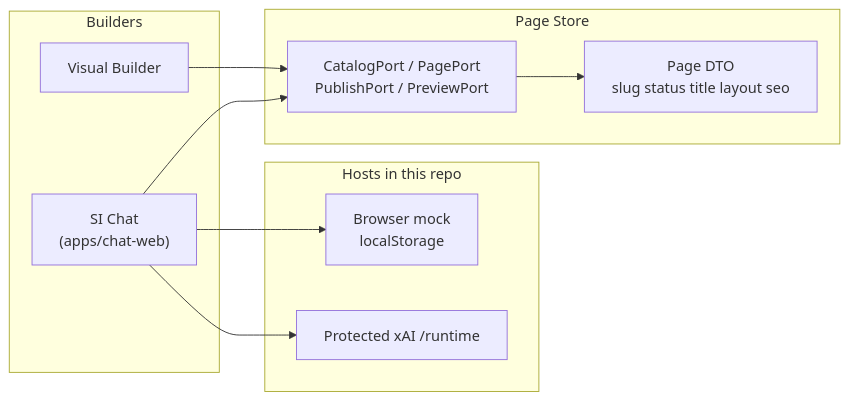
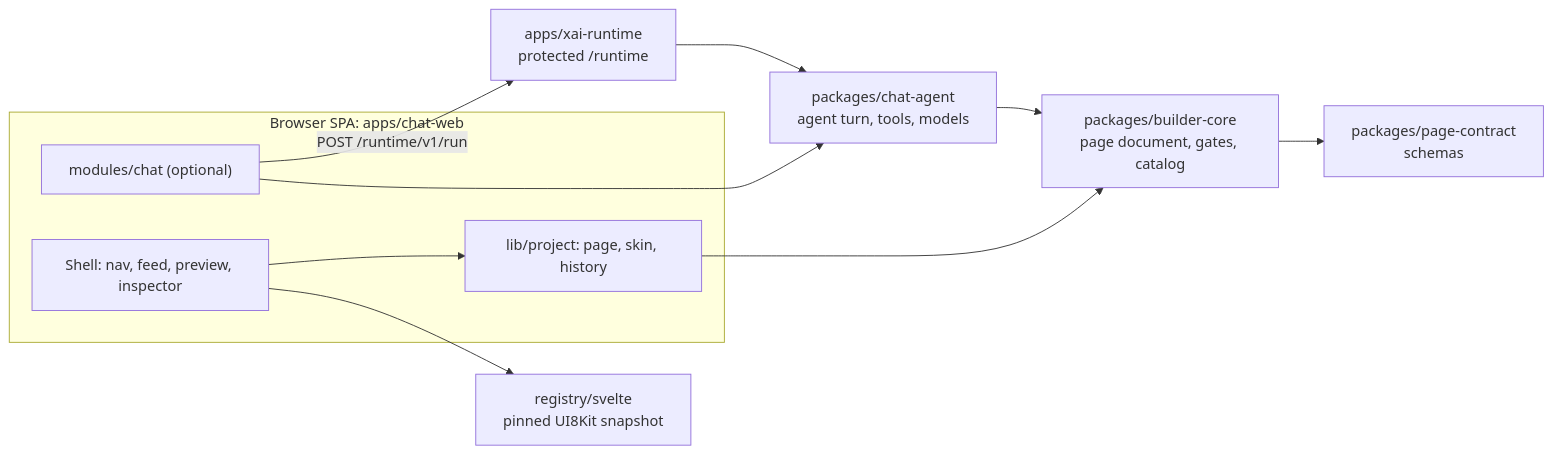
The diagram in docs/architecture.md (buildytech/chat), drawn with Mermaid before and after one commit. The commit also changed other lines of this file and 34 other files, not shown here.

````diff
--- a/docs/architecture.md
+++ b/docs/architecture.md
@@ -7,23 +5,19 @@
 ```mermaid
 flowchart LR
-  subgraph builders [Builders]
-    Visual["Visual Builder"]
-    Chat["SI Chat\n(apps/chat-web)"]
+  subgraph browser [Browser SPA: apps/chat-web]
+    Shell["Shell: nav, feed, preview, inspector"]
+    Project["lib/project: page, skin, history"]
+    Chat["modules/chat (optional)"]
   end
+  Core["packages/builder-core\npage document, gates, catalog"]
+  Contract["packages/page-contract\nschemas"]
+  Agent["packages/chat-agent\nagent turn, tools, models"]
+  Runtime["apps/xai-runtime\nprotected /runtime"]
+  Registry["registry/svelte\npinned UI8Kit snapshot"]
 
-  subgraph store [Page Store]
-    DTO["Page DTO\nslug status title layout seo"]
-    Ports["CatalogPort / PagePort\nPublishPort / PreviewPort"]
-  end
-
-  subgraph hosts [Hosts in this repo]
-    Mock["Browser mock\nlocalStorage"]
-    Xai["Protected xAI /runtime"]
-  end
-
-  Visual --> Ports
-  Chat --> Ports
-  Ports --> DTO
-  Chat --> Mock
-  Chat --> Xai
+  Shell --> Project --> Core
+  Chat --> Agent --> Core
+  Chat -->|"POST /runtime/v1/run"| Runtime --> Agent
+  Core --> Contract
+  Shell --> Registry
 ```
````
